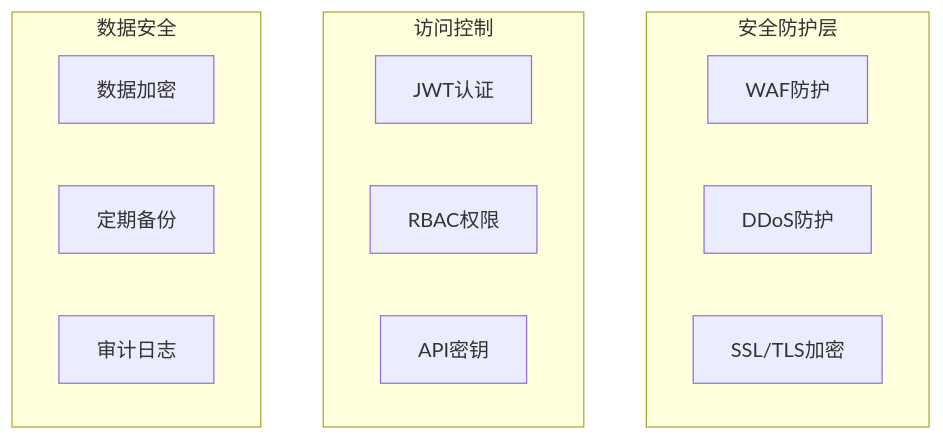
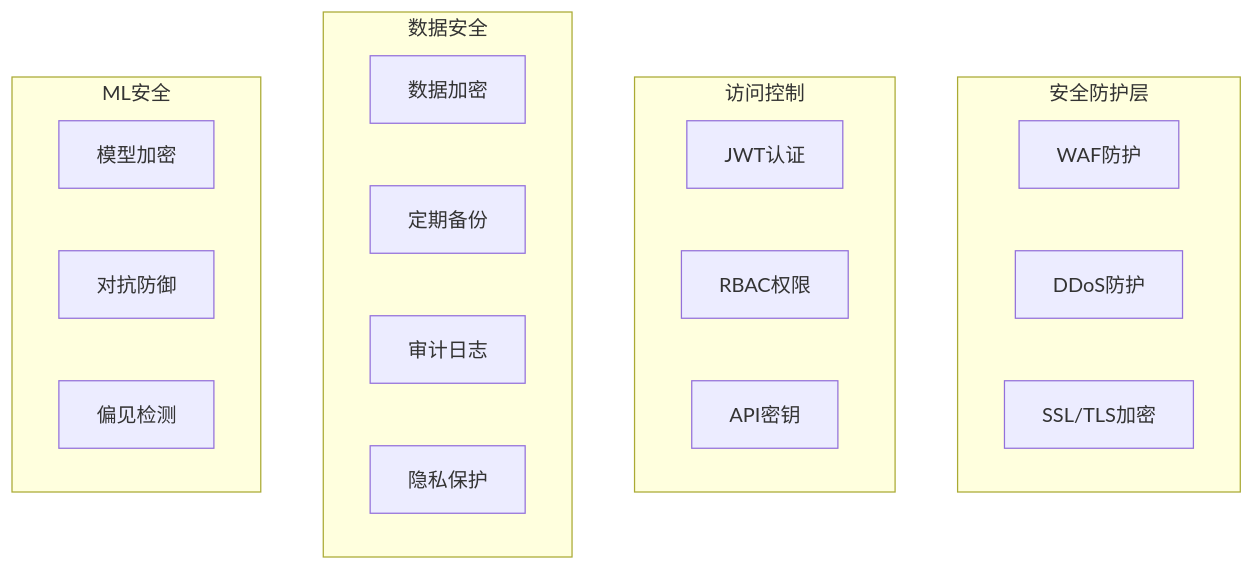
Before and after one commit to AdaMartin18010/FormalScience: the ninth of 9 diagrams in docs/Refactor/ARCHITECTURE.md, drawn with Mermaid. The commit also changed other lines of this file and 140 other files, not shown here.

````diff
--- a/docs/Refactor/ARCHITECTURE.md
+++ b/docs/Refactor/ARCHITECTURE.md
@@ -334,20 +499,27 @@
 ```mermaid
 flowchart TB
     subgraph Security["安全防护层"]
         WAF["WAF防护"]
         DDoS["DDoS防护"]
         SSL["SSL/TLS加密"]
     end
 
     subgraph Access["访问控制"]
         Auth1["JWT认证"]
         RBAC["RBAC权限"]
         APIKey["API密钥"]
     end
 
     subgraph DataSecurity["数据安全"]
         Encrypt["数据加密"]
         Backup["定期备份"]
         Audit["审计日志"]
+        Privacy["隐私保护"]
+    end
+    
+    subgraph MLSecurity["ML安全"]
+        ModelEncrypt["模型加密"]
+        AdvDefense["对抗防御"]
+        BiasDetect["偏见检测"]
     end
 ```
````
